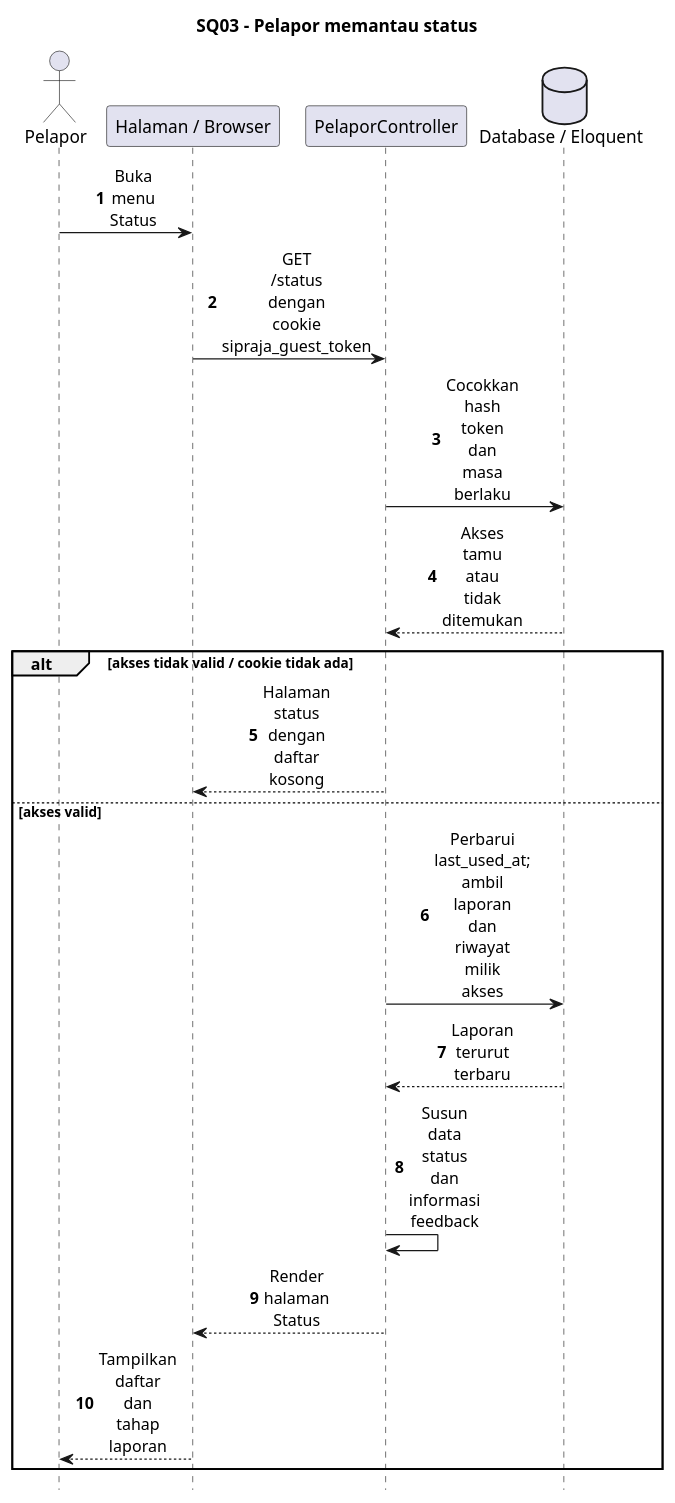
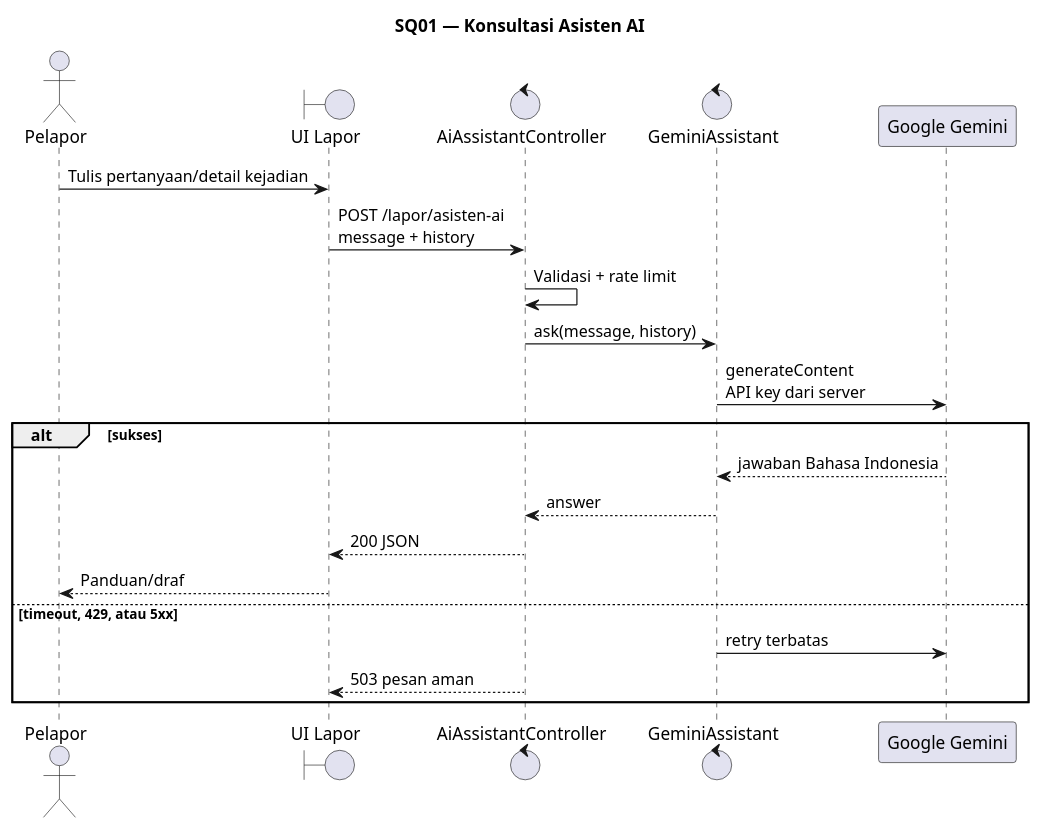
The first of 3 diagrams in docs/SIPRAJA-sequence.puml (Samuel-smr/Satpolpp), drawn with PlantUML before and after one commit. The commit also changed other lines of this file and 91 other files, not shown here.

```diff
--- a/docs/SIPRAJA-sequence.puml
+++ b/docs/SIPRAJA-sequence.puml
@@ -83,25 +1,23 @@
-@startuml SQ03
-title SQ03 - Pelapor memantau status
-hide footbox
-skinparam shadowing false
-skinparam sequenceMessageAlign center
-skinparam maxMessageSize 55
-autonumber
-actor "Pelapor" as A
-participant "Halaman / Browser" as B
-participant "PelaporController" as C
-database "Database / Eloquent" as D
-A -> B : Buka menu Status
-B -> C : GET /status dengan cookie sipraja_guest_token
-C -> D : Cocokkan hash token dan masa berlaku
-D --> C : Akses tamu atau tidak ditemukan
-alt akses tidak valid / cookie tidak ada
-C --> B : Halaman status dengan daftar kosong
-else akses valid
-C -> D : Perbarui last_used_at; ambil laporan dan riwayat milik akses
-D --> C : Laporan terurut terbaru
-C -> C : Susun data status dan informasi feedback
-C --> B : Render halaman Status
-B --> A : Tampilkan daftar dan tahap laporan
+@startuml
+title SQ01 — Konsultasi Asisten AI
+actor Pelapor
+boundary "UI Lapor" as UI
+control AiAssistantController as AIC
+control GeminiAssistant as GA
+participant "Google Gemini" as Gemini
+
+Pelapor -> UI : Tulis pertanyaan/detail kejadian
+UI -> AIC : POST /lapor/asisten-ai\nmessage + history
+AIC -> AIC : Validasi + rate limit
+AIC -> GA : ask(message, history)
+GA -> Gemini : generateContent\nAPI key dari server
+alt sukses
+  Gemini --> GA : jawaban Bahasa Indonesia
+  GA --> AIC : answer
+  AIC --> UI : 200 JSON
+  UI --> Pelapor : Panduan/draf
+else timeout, 429, atau 5xx
+  GA -> Gemini : retry terbatas
+  AIC --> UI : 503 pesan aman
 end
 @enduml
```
